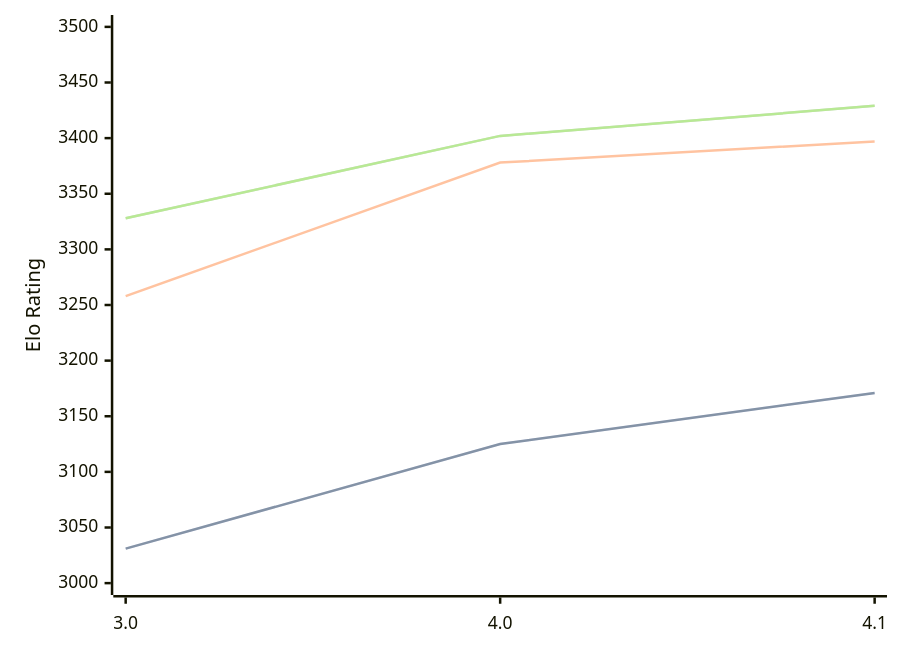
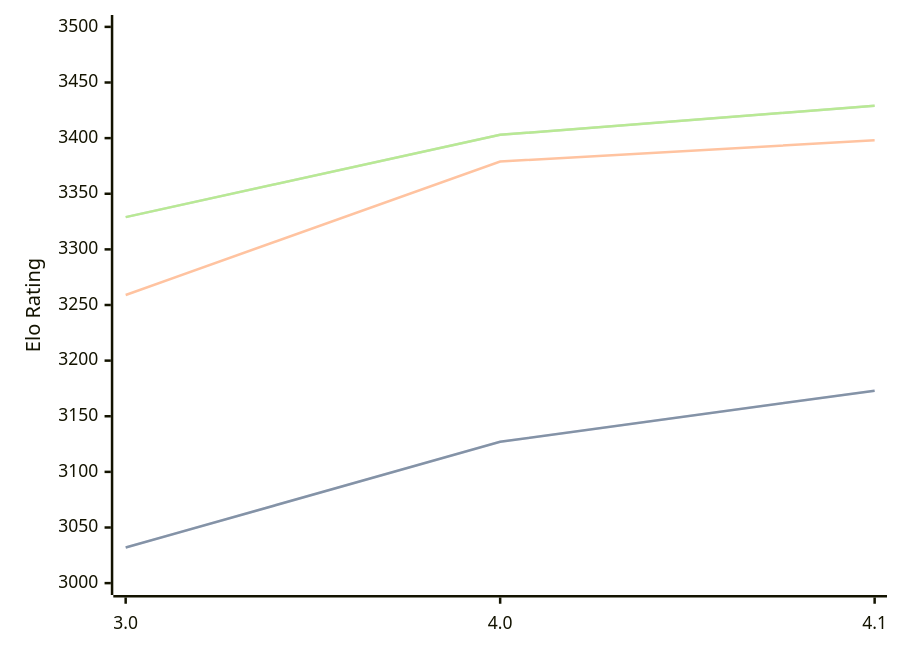
One commit to computer-chess-index/cci changed the diagram in engines/Eleanor.md. Above: the diagram before and after it, drawn with Mermaid. The commit also changed other lines of this file, not shown here.

Commit message:
Update CCI Ratings (ELO VLTC) - 2026-09-16

````diff
--- a/engines/Eleanor.md
+++ b/engines/Eleanor.md
@@ -33,11 +33,11 @@
 ```mermaid
 %%{init: {"theme":"base","themeVariables":{"seriesColors:['#a3a3a3','#222221','#faa371']}}}%%
 xychart-beta
   x-axis ["3.0", "4.0", "4.1"]
   y-axis "Elo Rating" 3000 --> 3500
-  line "" [3031, 3125, 3171]
-  line "STC (8.0+0.08s)" [3031, 3125, 3171]
-  line "LTC (60.0+0.60s)" [3258, 3378, 3397]
-  line "" [3328, 3402, 3429]
-  line "VLTC (2m24s+1.12s)" [3328, 3402, 3429]
+  line "" [3032, 3127, 3173]
+  line "STC (8.0+0.08s)" [3032, 3127, 3173]
+  line "LTC (60.0+0.60s)" [3259, 3379, 3398]
+  line "" [3329, 3403, 3429]
+  line "VLTC (2m24s+1.12s)" [3329, 3403, 3429]
 ```
````
